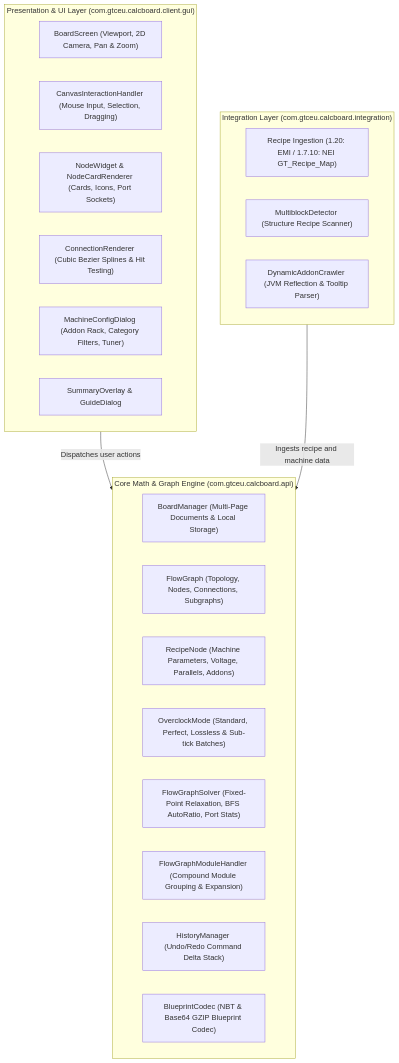
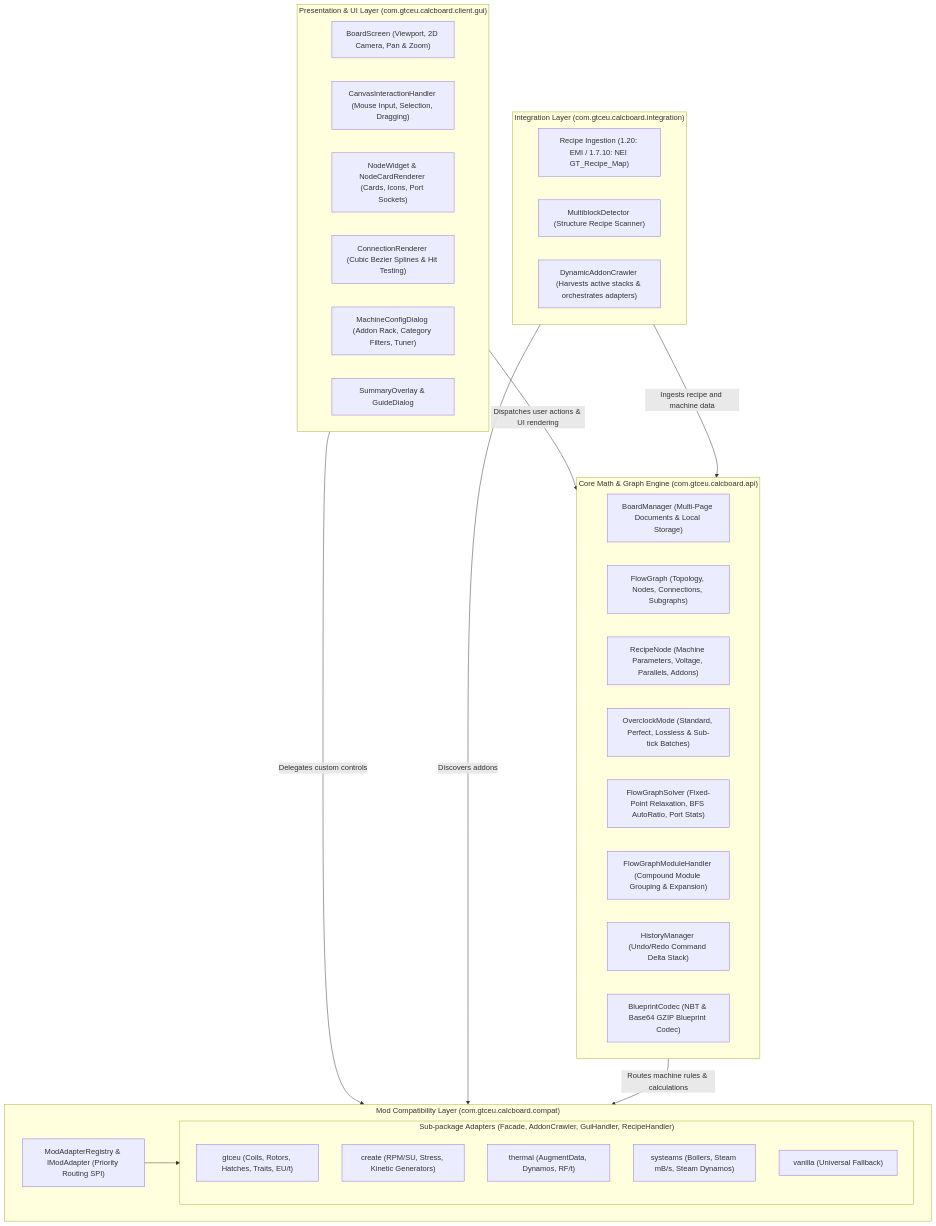
One commit to Amvermain/GregTechCalculatorBoard changed the first of 4 diagrams in docs/ARCHITECTURE.md. Above: the diagram before and after it, drawn with Mermaid. The commit also changed 84 other files, not shown here.

````diff
--- a/docs/ARCHITECTURE.md
+++ b/docs/ARCHITECTURE.md
@@ -16,31 +16,46 @@
 ```mermaid
 graph TD
     subgraph UI["Presentation & UI Layer (com.gtceu.calcboard.client.gui)"]
         BS["BoardScreen (Viewport, 2D Camera, Pan & Zoom)"]
         CIH["CanvasInteractionHandler (Mouse Input, Selection, Dragging)"]
         Widgets["NodeWidget & NodeCardRenderer (Cards, Icons, Port Sockets)"]
         CR["ConnectionRenderer (Cubic Bezier Splines & Hit Testing)"]
         Dialogs["MachineConfigDialog (Addon Rack, Category Filters, Tuner)"]
         Overlays["SummaryOverlay & GuideDialog"]
     end
 
     subgraph Core["Core Math & Graph Engine (com.gtceu.calcboard.api)"]
         BM["BoardManager (Multi-Page Documents & Local Storage)"]
         FG["FlowGraph (Topology, Nodes, Connections, Subgraphs)"]
         RN["RecipeNode (Machine Parameters, Voltage, Parallels, Addons)"]
         OC["OverclockMode (Standard, Perfect, Lossless & Sub-tick Batches)"]
         FGS["FlowGraphSolver (Fixed-Point Relaxation, BFS AutoRatio, Port Stats)"]
         FGMH["FlowGraphModuleHandler (Compound Module Grouping & Expansion)"]
         HM["HistoryManager (Undo/Redo Command Delta Stack)"]
         BC["BlueprintCodec (NBT & Base64 GZIP Blueprint Codec)"]
     end
 
+    subgraph Compat["Mod Compatibility Layer (com.gtceu.calcboard.compat)"]
+        MAR["ModAdapterRegistry & IModAdapter (Priority Routing SPI)"]
+        subgraph Adapters["Sub-package Adapters (Facade, AddonCrawler, GuiHandler, RecipeHandler)"]
+            GT["gtceu (Coils, Rotors, Hatches, Traits, EU/t)"]
+            CR_MOD["create (RPM/SU, Stress, Kinetic Generators)"]
+            TH["thermal (AugmentData, Dynamos, RF/t)"]
+            SY["systeams (Boilers, Steam mB/s, Steam Dynamos)"]
+            VN["vanilla (Universal Fallback)"]
+        end
+        MAR --> Adapters
+    end
+
     subgraph Integration["Integration Layer (com.gtceu.calcboard.integration)"]
         ERC["Recipe Ingestion (1.20: EMI / 1.7.10: NEI GT_Recipe_Map)"]
         MD["MultiblockDetector (Structure Recipe Scanner)"]
-        DAC["DynamicAddonCrawler (JVM Reflection & Tooltip Parser)"]
+        DAC["DynamicAddonCrawler (Harvests active stacks & orchestrates adapters)"]
     end
 
-    UI -->|Dispatches user actions| Core
+    UI -->|Dispatches user actions & UI rendering| Core
+    UI -->|Delegates custom controls| Compat
     Integration -->|Ingests recipe and machine data| Core
+    Integration -->|Discovers addons| Compat
+    Core -->|Routes machine rules & calculations| Compat
 ```
````
